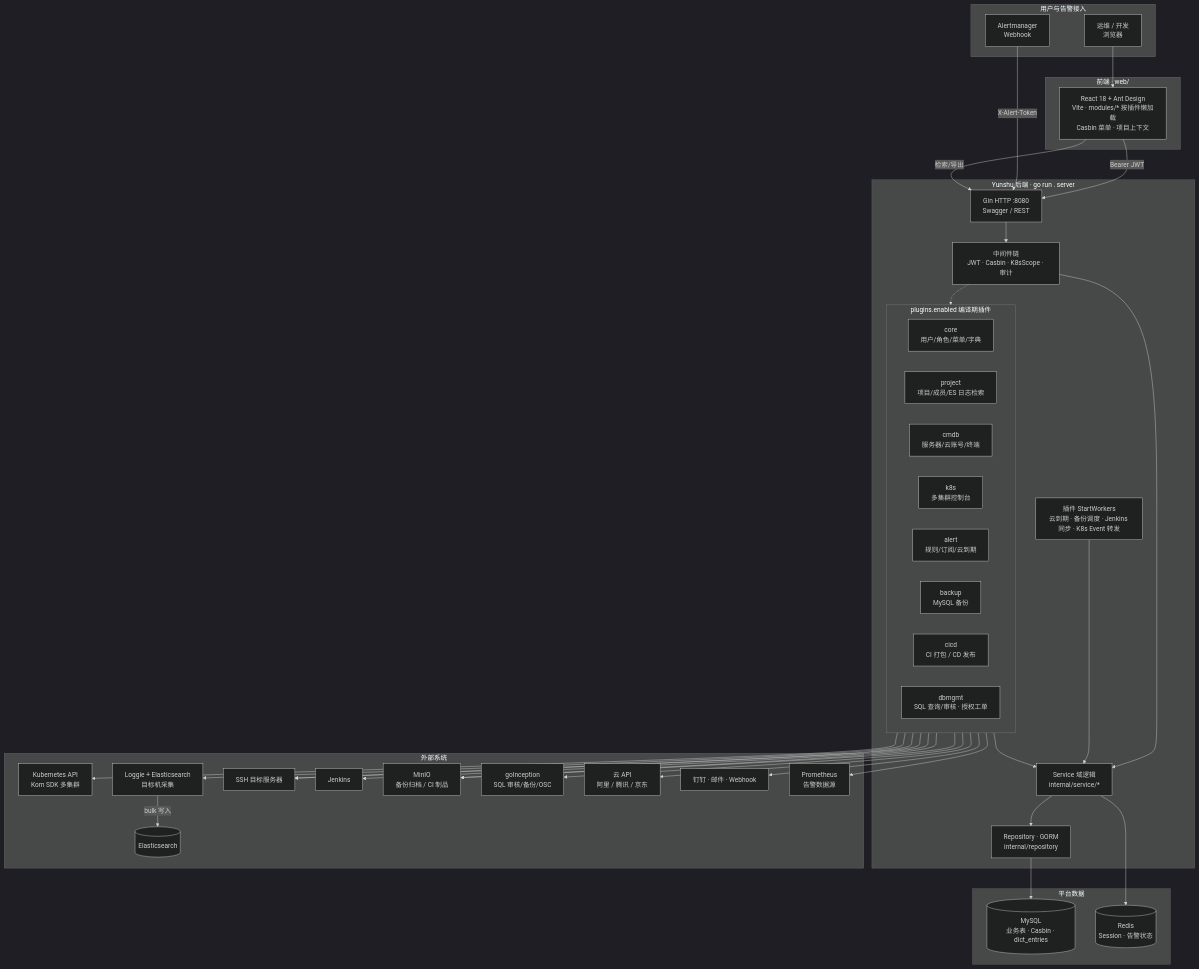
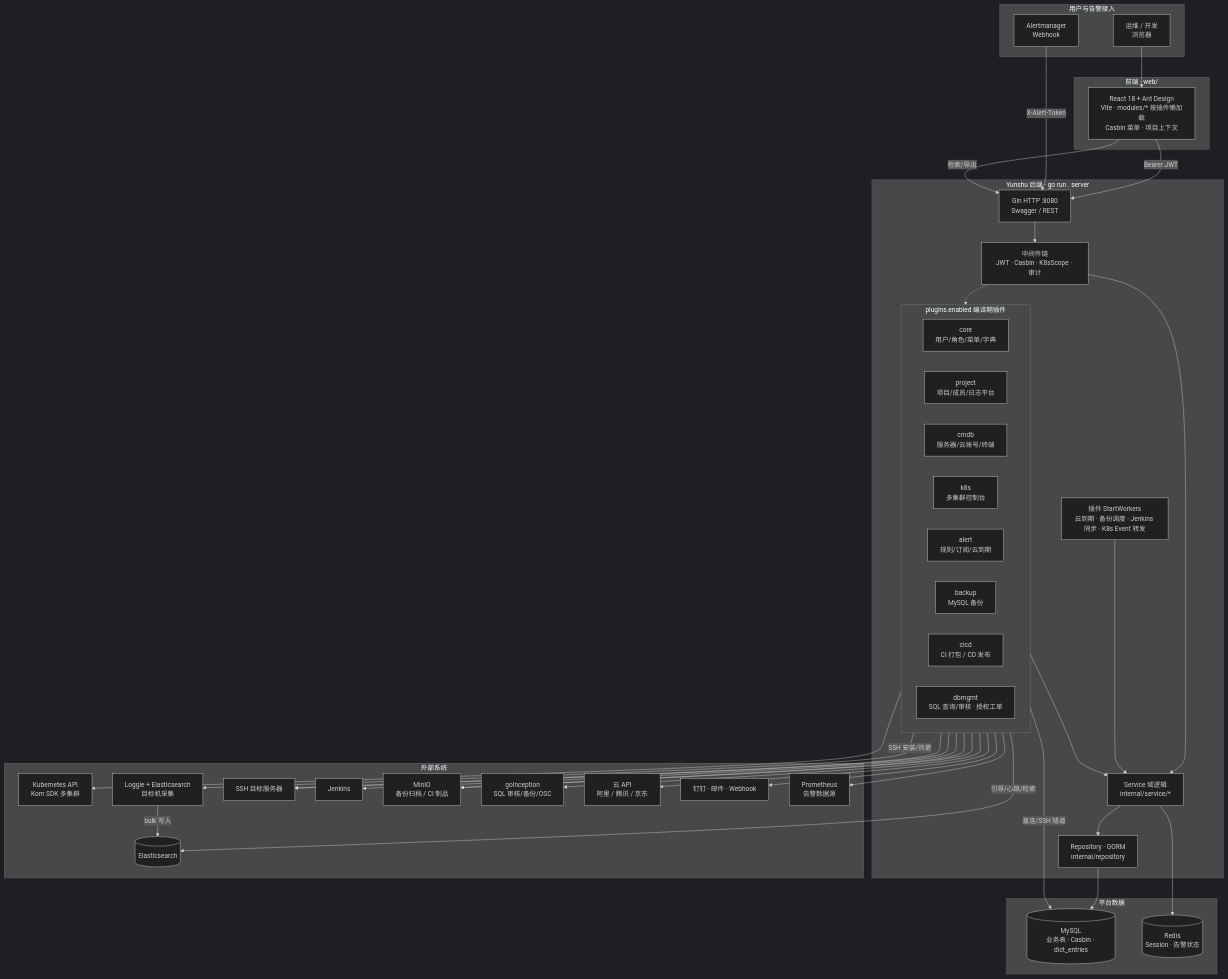
The first of 3 diagrams in README.md (AshesToVow/yunshu), drawn with Mermaid (dark theme) before and after one commit. The commit also changed other lines of this file and 43 other files, not shown here.

````diff
--- a/README.md
+++ b/README.md
@@ -81,75 +86,77 @@
 ```mermaid
 flowchart TB
   subgraph clients["用户与告警接入"]
     USER["运维 / 开发<br/>浏览器"]
     AM["Alertmanager<br/>Webhook"]
   end
 
   subgraph fe["前端 · web/"]
     REACT["React 18 + Ant Design<br/>Vite · modules/* 按插件懒加载<br/>Casbin 菜单 · 项目上下文"]
   end
 
   subgraph be["Yunshu 后端 · go run . server"]
     HTTP["Gin HTTP :8080<br/>Swagger / REST"]
     MW["中间件链<br/>JWT · Casbin · K8sScope · 审计"]
     WORKERS["插件 StartWorkers<br/>云到期 · 备份调度 · Jenkins 同步 · K8s Event 转发"]
 
     subgraph plugins["plugins.enabled 编译期插件"]
       direction LR
       CORE["core<br/>用户/角色/菜单/字典"]
-      PROJ["project<br/>项目/成员/ES 日志检索"]
+      PROJ["project<br/>项目/成员/日志平台"]
       CMDB["cmdb<br/>服务器/云账号/终端"]
       K8SPL["k8s<br/>多集群控制台"]
       ALERT["alert<br/>规则/订阅/云到期"]
       BACKUP["backup<br/>MySQL 备份"]
       CICD["cicd<br/>CI 打包 / CD 发布"]
       DBMGMT["dbmgmt<br/>SQL 查询/审核 · 授权工单"]
     end
 
     SVC["Service 域逻辑<br/>internal/service/*"]
     REPO["Repository · GORM<br/>internal/repository"]
   end
 
   subgraph store["平台数据"]
     MYSQL[("MySQL<br/>业务表 · Casbin · dict_entries")]
     REDIS[("Redis<br/>Session · 告警状态")]
   end
 
   subgraph ext["外部系统"]
     K8SAPI["Kubernetes API<br/>Kom SDK 多集群"]
     LOGGIE["Loggie + Elasticsearch<br/>目标机采集"]
     ES[(Elasticsearch)]
     SSH["SSH 目标服务器"]
     JENKINS["Jenkins"]
     MINIO["MinIO<br/>备份归档 / CI 制品"]
     GOINC["goInception<br/>SQL 审核/备份/OSC"]
     CLOUD["云 API<br/>阿里 / 腾讯 / 京东"]
     NOTIFY["钉钉 · 邮件 · Webhook"]
     PROM["Prometheus<br/>告警数据源"]
   end
 
   USER --> REACT
   REACT -->|"Bearer JWT"| HTTP
   AM -->|"X-Alert-Token"| HTTP
   HTTP --> MW --> SVC
   SVC --> REPO
   REPO --> MYSQL
   SVC --> REDIS
   MW -.-> plugins
   plugins --> SVC
   WORKERS --> SVC
 
-  LOGGIE -->|"bulk 写入"| ES[(Elasticsearch)]
+  LOGGIE -->|"bulk 写入"| ES
   REACT -->|"检索/导出"| HTTP
-  PROJ --> LOGGIE
+  PROJ -->|"引导/心跳/检索"| ES
+  PROJ -->|"SSH 安装/热更"| LOGGIE
   CMDB --> SSH
   BACKUP --> SSH
   BACKUP --> MINIO
   CICD --> JENKINS
   CICD --> MINIO
   DBMGMT --> GOINC
+  DBMGMT -->|"直连/SSH 隧道"| MYSQL
   K8SPL --> K8SAPI
   ALERT --> PROM
   ALERT --> CLOUD
   ALERT --> NOTIFY
 ```
````
